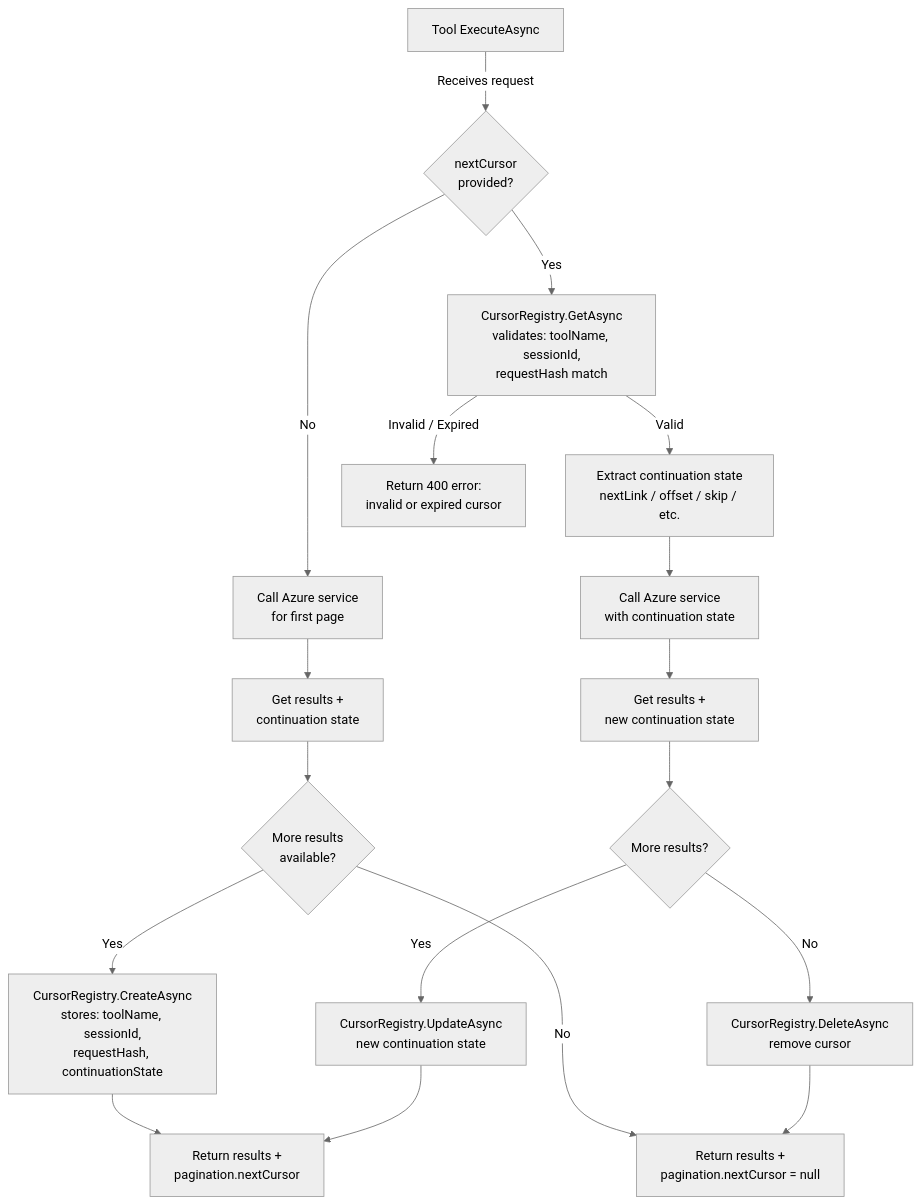
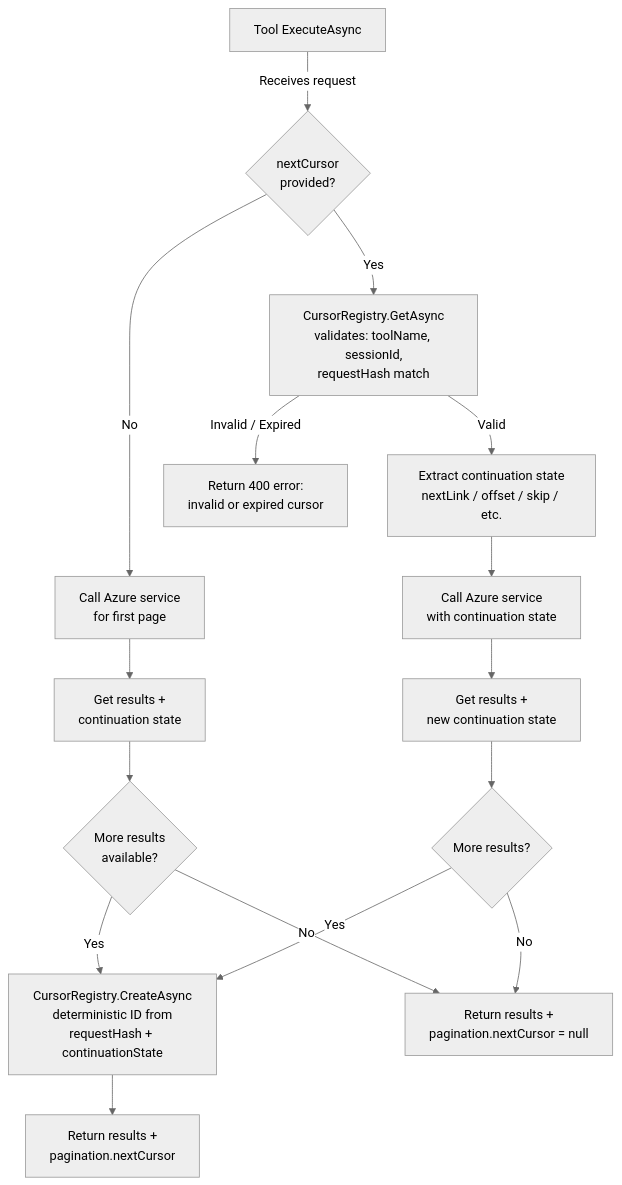
Before and after one commit to srnagar/mcp: the second of 4 diagrams in docs/design/pagination-design-proposal.md, drawn with Mermaid (neutral theme). The commit also changed other lines of this file and 6 other files, not shown here.

````diff
--- a/docs/design/pagination-design-proposal.md
+++ b/docs/design/pagination-design-proposal.md
@@ -195,22 +195,20 @@
 ```mermaid
 flowchart TD
     A["Tool ExecuteAsync"] -->|Receives request| B{"nextCursor<br/>provided?"}
     B -->|No| C["Call Azure service<br/>for first page"]
     C --> D["Get results +<br/>continuation state"]
     D --> E{"More results<br/>available?"}
-    E -->|Yes| F["CursorRegistry.CreateAsync<br/>stores: toolName, sessionId,<br/>requestHash, continuationState"]
+    E -->|Yes| F["CursorRegistry.CreateAsync<br/>deterministic ID from<br/>requestHash + continuationState"]
     F --> G["Return results +<br/>pagination.nextCursor"]
     E -->|No| H["Return results +<br/>pagination.nextCursor = null"]
 
     B -->|Yes| I["CursorRegistry.GetAsync<br/>validates: toolName, sessionId,<br/>requestHash match"]
     I -->|Valid| J["Extract continuation state<br/>nextLink / offset / skip / etc."]
     J --> K["Call Azure service<br/>with continuation state"]
     K --> L["Get results +<br/>new continuation state"]
     L --> M{"More results?"}
-    M -->|Yes| N["CursorRegistry.UpdateAsync<br/>new continuation state"]
-    N --> G
-    M -->|No| O["CursorRegistry.DeleteAsync<br/>remove cursor"]
-    O --> H
+    M -->|Yes| F
+    M -->|No| H
 
     I -->|"Invalid / Expired"| P["Return 400 error:<br/>invalid or expired cursor"]
 ```
````
